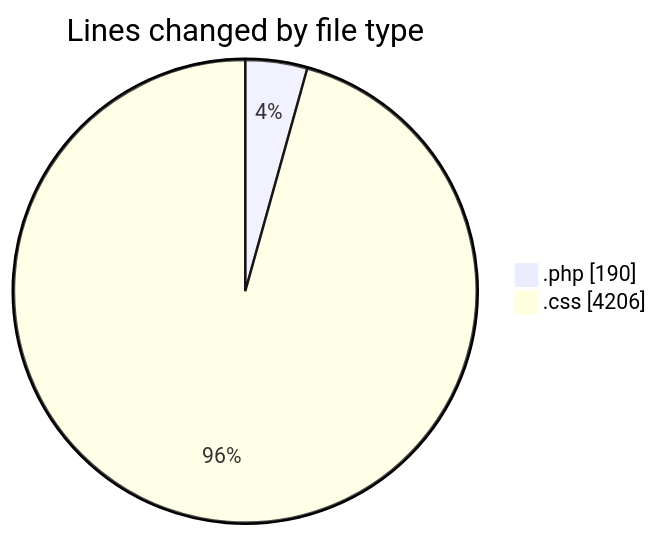
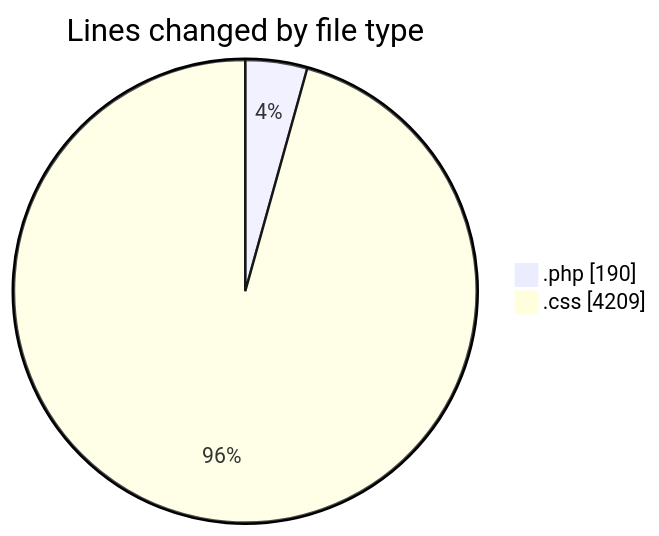
The first of 2 diagrams in 2026-11-04/wp-content/README.md (debugP/code-tracking), drawn with Mermaid before and after one commit. The commit also changed other lines of this file and 1 other file, not shown here.

````diff
--- a/2026-11-04/wp-content/README.md
+++ b/2026-11-04/wp-content/README.md
@@ -21,6 +21,6 @@
 ```mermaid
 pie showData
 title Lines changed by file type
 ".php" : 190
-".css" : 4206
+".css" : 4209
 ```
````
